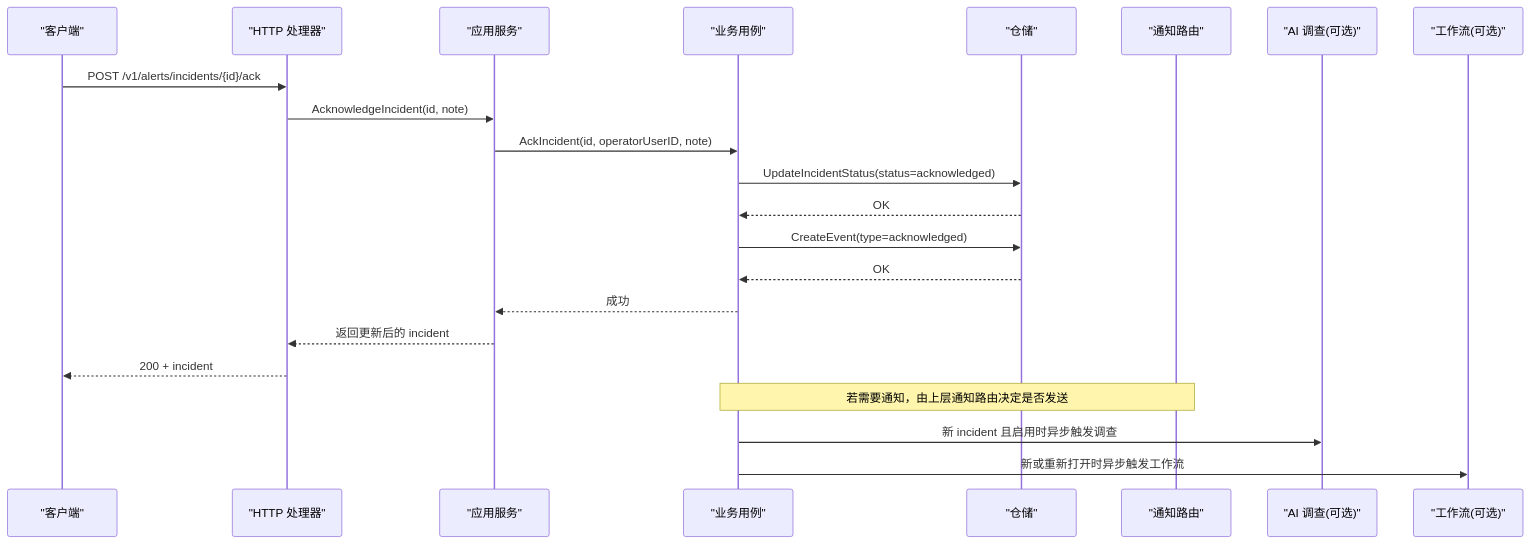
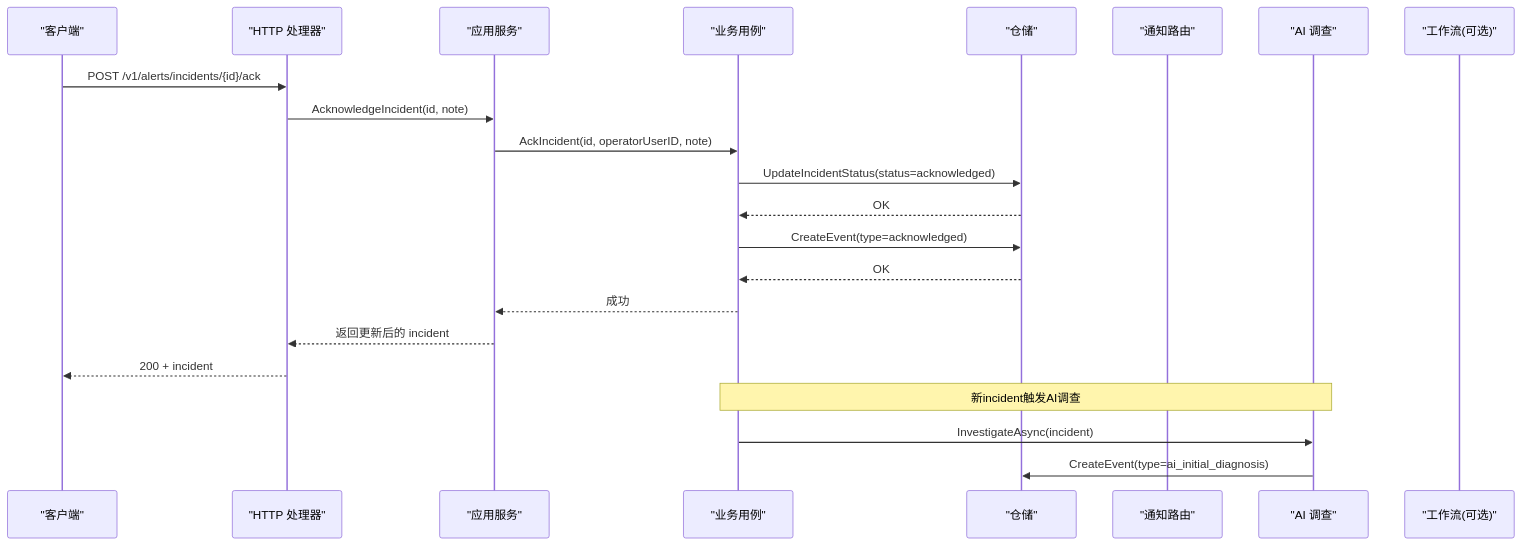
The second of 10 diagrams in .qoder/repowiki/zh/content/前端应用/API 集成/业务接口/告警管理接口/告警事件管理.md (xied1133-oss/ongrid), drawn with Mermaid before and after one commit. The commit also changed other lines of this file and 298 other files, not shown here.

````diff
--- a/.qoder/repowiki/zh/content/前端应用/API 集成/业务接口/告警管理接口/告警事件管理.md
+++ b/.qoder/repowiki/zh/content/前端应用/API 集成/业务接口/告警管理接口/告警事件管理.md
@@ -83,24 +98,24 @@
 ```mermaid
 sequenceDiagram
 participant C as "客户端"
 participant H as "HTTP 处理器"
 participant S as "应用服务"
 participant U as "业务用例"
 participant R as "仓储"
 participant N as "通知路由"
-participant A as "AI 调查(可选)"
+participant A as "AI 调查"
 participant F as "工作流(可选)"
 C->>H : POST /v1/alerts/incidents/{id}/ack
 H->>S : AcknowledgeIncident(id, note)
 S->>U : AckIncident(id, operatorUserID, note)
 U->>R : UpdateIncidentStatus(status=acknowledged)
 R-->>U : OK
 U->>R : CreateEvent(type=acknowledged)
 R-->>U : OK
 U-->>S : 成功
 S-->>H : 返回更新后的 incident
 H-->>C : 200 + incident
-Note over U,N : 若需要通知，由上层通知路由决定是否发送
-U->>A : 新 incident 且启用时异步触发调查
-U->>F : 新或重新打开时异步触发工作流
+Note over U,A : 新incident触发AI调查
+U->>A : InvestigateAsync(incident)
+A->>R : CreateEvent(type=ai_initial_diagnosis)
 ```
````
